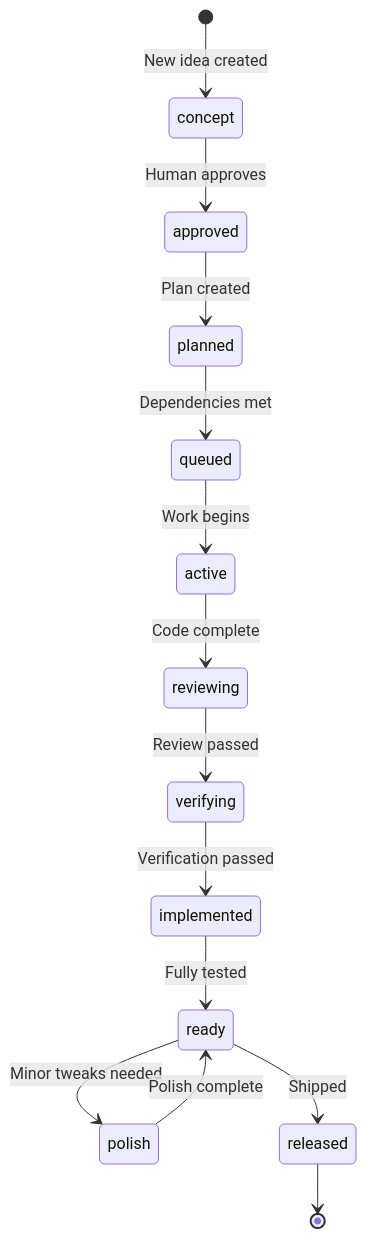
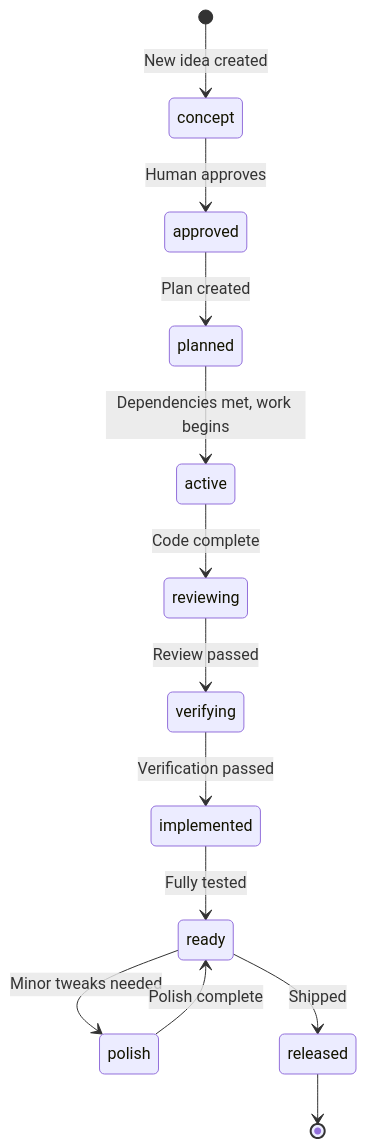
Before and after one commit to Mharbulous/SyncoPaid: the first of 11 diagrams in .claude/skills/story-tree/references/workflow-diagrams.md, drawn with Mermaid. The commit also changed other lines of this file and 6 other files, not shown here.

First line of the commit message:
chore: remove queued stage from schema and all references

````diff
--- a/.claude/skills/story-tree/references/workflow-diagrams.md
+++ b/.claude/skills/story-tree/references/workflow-diagrams.md
@@ -56,27 +56,25 @@
 ```mermaid
 stateDiagram-v2
     [*] --> concept: New idea created
 
     concept --> approved: Human approves
 
     approved --> planned: Plan created
 
-    planned --> queued: Dependencies met
-
-    queued --> active: Work begins
+    planned --> active: Dependencies met, work begins
 
     active --> reviewing: Code complete
 
     reviewing --> verifying: Review passed
 
     verifying --> implemented: Verification passed
 
     implemented --> ready: Fully tested
 
     ready --> polish: Minor tweaks needed
     polish --> ready: Polish complete
 
     ready --> released: Shipped
 
     released --> [*]
 ```
````
